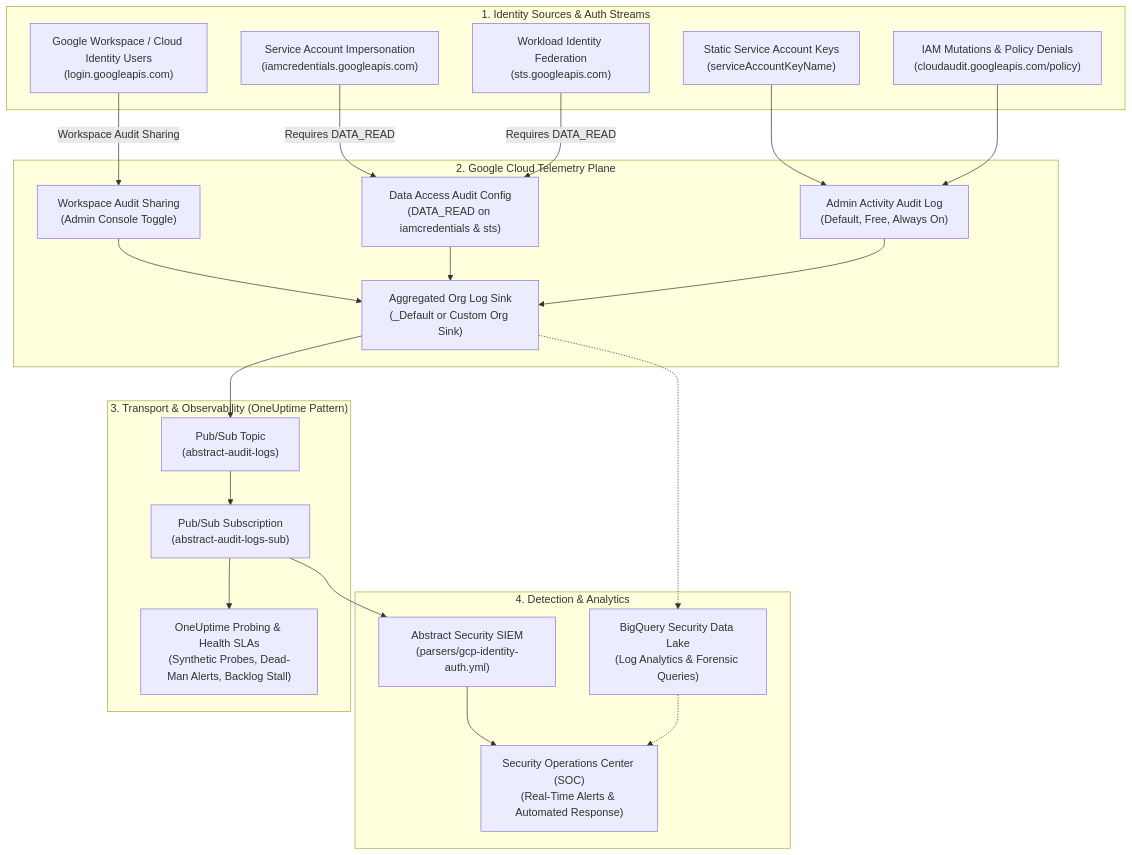
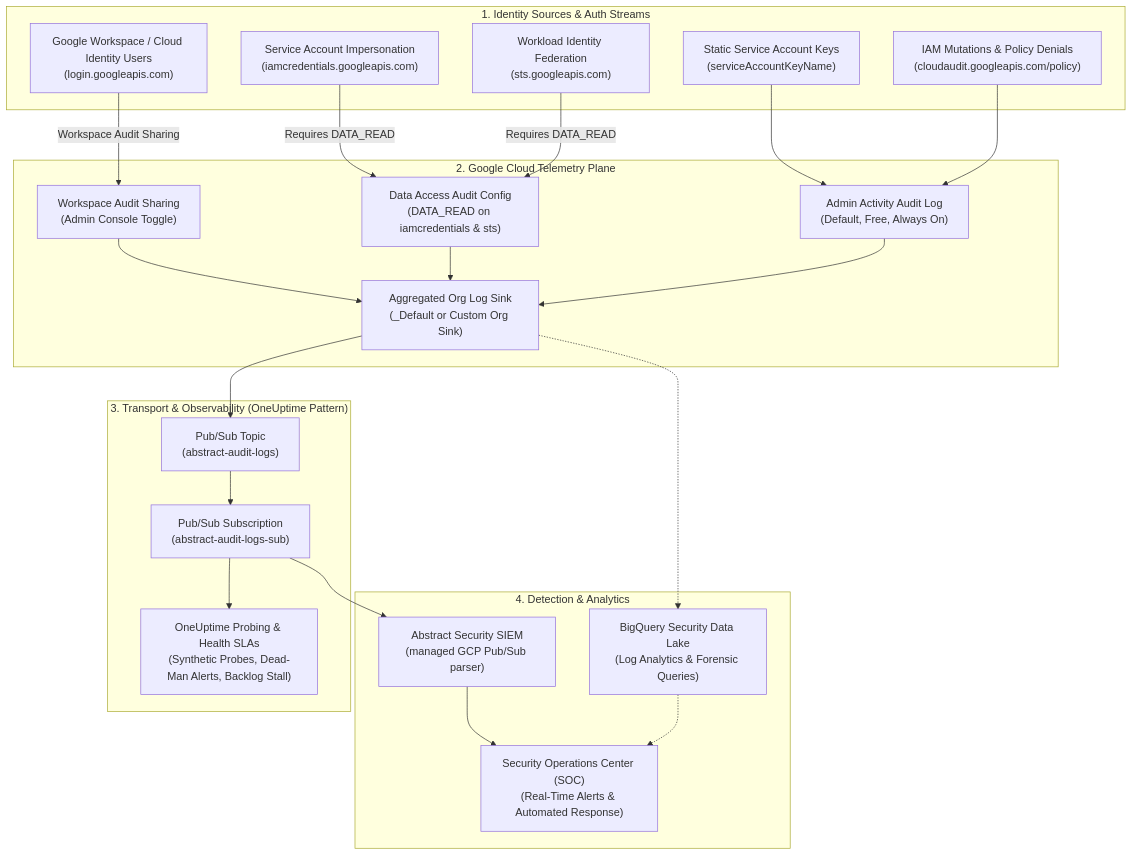
The first of 2 diagrams in docs/IDENTITY-AND-AUTHENTICATION-GUIDE.md (IamABS3C/abstract-gcp-templates), drawn with Mermaid before and after one commit. The commit also changed other lines of this file and 21 other files, not shown here.

First line of the commit message:
Stop telling customers to put custom parsers on the audit-log configuration and delete gcp-identity-auth.yml

````diff
--- a/docs/IDENTITY-AND-AUTHENTICATION-GUIDE.md
+++ b/docs/IDENTITY-AND-AUTHENTICATION-GUIDE.md
@@ -25,46 +25,46 @@
 ```mermaid
 flowchart TD
     subgraph Identities["1. Identity Sources & Auth Streams"]
         GW["Google Workspace / Cloud Identity Users\n(login.googleapis.com)"]
         SA_Imp["Service Account Impersonation\n(iamcredentials.googleapis.com)"]
         WIF["Workload Identity Federation\n(sts.googleapis.com)"]
         SA_Key["Static Service Account Keys\n(serviceAccountKeyName)"]
         IAM_Mut["IAM Mutations & Policy Denials\n(cloudaudit.googleapis.com/policy)"]
     end
 
     subgraph LoggingPlane["2. Google Cloud Telemetry Plane"]
         WS_Share["Workspace Audit Sharing\n(Admin Console Toggle)"]
         DA_Config["Data Access Audit Config\n(DATA_READ on iamcredentials & sts)"]
         Admin_Act["Admin Activity Audit Log\n(Default, Free, Always On)"]
         Org_Sink["Aggregated Org Log Sink\n(_Default or Custom Org Sink)"]
     end
 
     subgraph Pipeline["3. Transport & Observability (OneUptime Pattern)"]
         PS_Topic["Pub/Sub Topic\n(abstract-audit-logs)"]
         PS_Sub["Pub/Sub Subscription\n(abstract-audit-logs-sub)"]
         OneUptime["OneUptime Probing & Health SLAs\n(Synthetic Probes, Dead-Man Alerts, Backlog Stall)"]
     end
 
     subgraph SIEM["4. Detection & Analytics"]
-        Abstract["Abstract Security SIEM\n(parsers/gcp-identity-auth.yml)"]
+        Abstract["Abstract Security SIEM\n(managed GCP Pub/Sub parser)"]
         BigQuery["BigQuery Security Data Lake\n(Log Analytics & Forensic Queries)"]
         SecOps["Security Operations Center (SOC)\n(Real-Time Alerts & Automated Response)"]
     end
 
     GW -->|Workspace Audit Sharing| WS_Share
     WS_Share --> Org_Sink
     SA_Imp -->|Requires DATA_READ| DA_Config
     WIF -->|Requires DATA_READ| DA_Config
     DA_Config --> Org_Sink
     SA_Key --> Admin_Act
     IAM_Mut --> Admin_Act
     Admin_Act --> Org_Sink
 
     Org_Sink --> PS_Topic
     PS_Topic --> PS_Sub
     PS_Sub --> OneUptime
     PS_Sub --> Abstract
     Abstract --> SecOps
     Org_Sink -.-> BigQuery
     BigQuery -.-> SecOps
 ```
````
